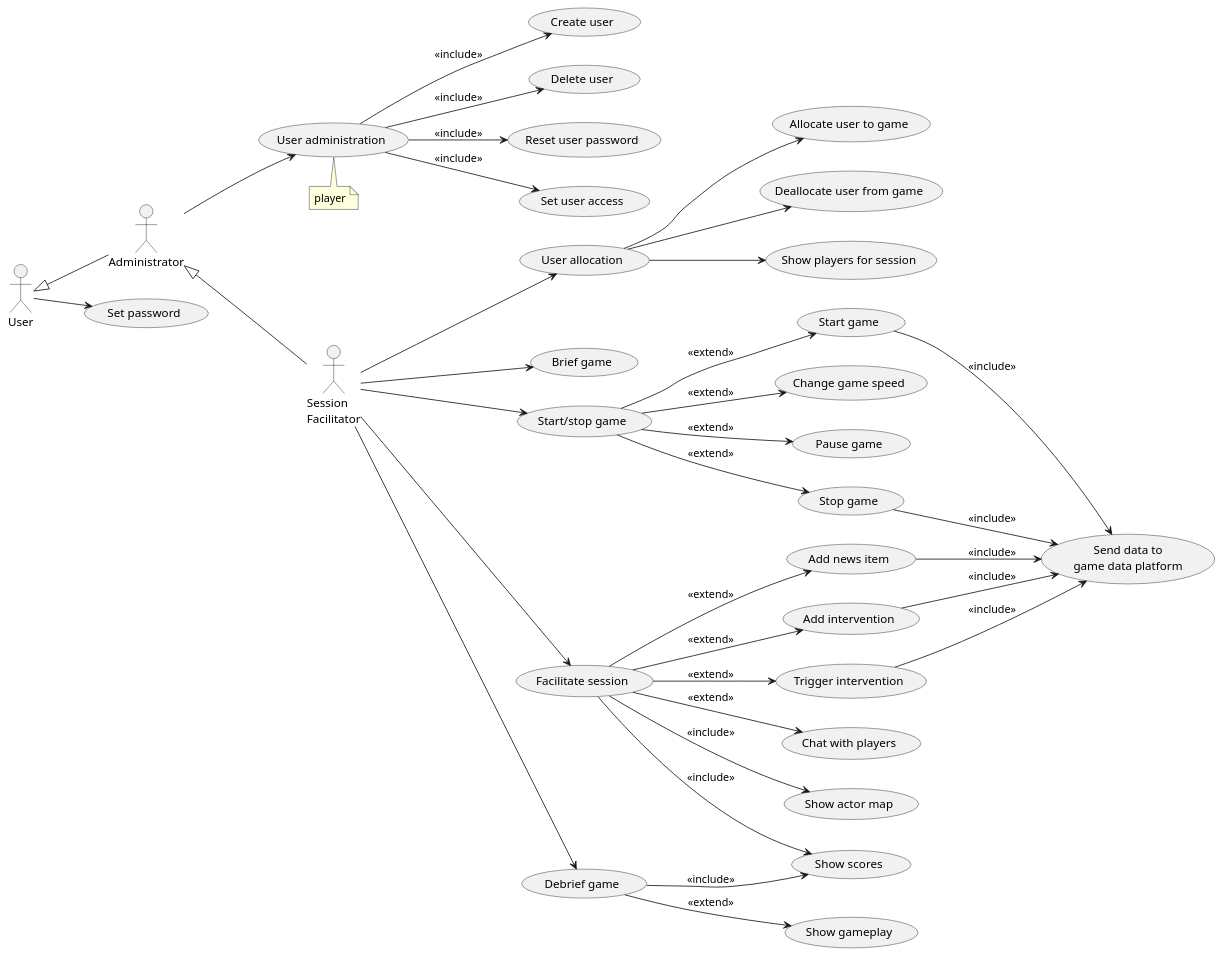
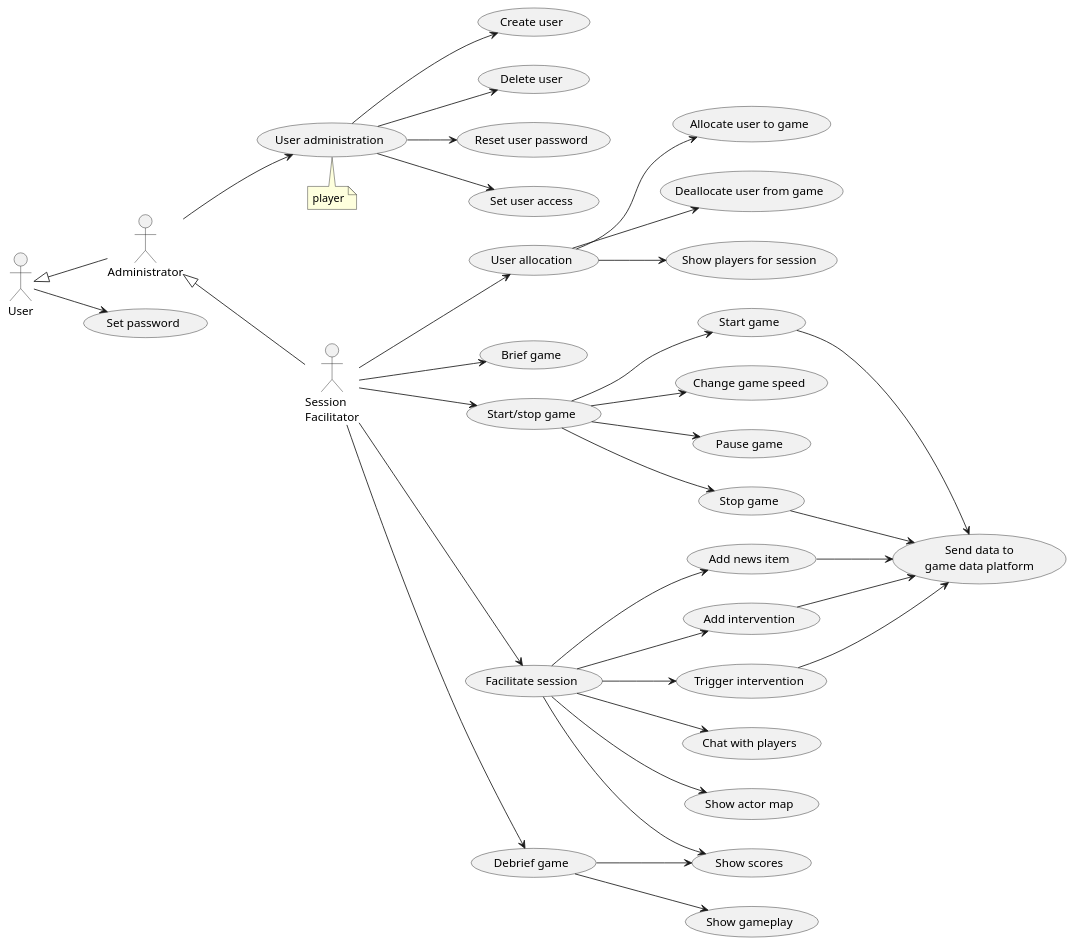
Before and after one commit to averbraeck/gscg-design: the diagram in doc/1-use-cases/diagrams/session-facilitation.puml, drawn with PlantUML. The commit also changed 5 other files, not shown here.

Commit message:
Issue #13. Simplify diagrams by removing <<include>> and <<extend>> labels

```diff
--- a/doc/1-use-cases/diagrams/session-facilitation.puml
+++ b/doc/1-use-cases/diagrams/session-facilitation.puml
@@ -1,51 +1,51 @@
 @startuml
 left to right direction
 
 "Session\nFacilitator" as SF
 User <|-- Administrator
 Administrator <|-- SF
 
 User --> (Set password)
 
 Administrator --> (User administration)
 note bottom
   player
 end note
 
-(User administration) --> (Create user) : << include >>
-(User administration) --> (Delete user) : << include >>
-(User administration) --> (Reset user password) : << include >>
-(User administration) --> (Set user access) : << include >>
+(User administration) --> (Create user)
+(User administration) --> (Delete user)
+(User administration) --> (Reset user password)
+(User administration) --> (Set user access)
 
 SF --> (User allocation)
 (User allocation) --> (Allocate user to game)
 (User allocation) --> (Deallocate user from game)
 (User allocation) --> (Show players for session)
 
 SF --> (Brief game)
 
 SF --> (Start/stop game)
-(Start/stop game) --> (Start game) : << extend >>
-(Start/stop game) --> (Change game speed) : << extend >>
-(Start/stop game) --> (Pause game) : << extend >>
-(Start/stop game) --> (Stop game) : << extend >>
+(Start/stop game) --> (Start game)
+(Start/stop game) --> (Change game speed)
+(Start/stop game) --> (Pause game)
+(Start/stop game) --> (Stop game)
 
 SF --> (Facilitate session)
-(Facilitate session) --> (Add news item) : << extend >>
-(Facilitate session) --> (Add intervention) : << extend >>
-(Facilitate session) --> (Trigger intervention) : << extend >>
-(Facilitate session) --> (Chat with players) : << extend >>
-(Facilitate session) --> (Show actor map) : << include >>
-(Facilitate session) --> (Show scores) : << include >>
+(Facilitate session) --> (Add news item)
+(Facilitate session) --> (Add intervention)
+(Facilitate session) --> (Trigger intervention)
+(Facilitate session) --> (Chat with players)
+(Facilitate session) --> (Show actor map)
+(Facilitate session) --> (Show scores)
 
-(Start game) --> (Send data to\ngame data platform) : << include >>
-(Add news item) --> (Send data to\ngame data platform) : << include >>
-(Add intervention) --> (Send data to\ngame data platform) : << include >>
-(Trigger intervention) --> (Send data to\ngame data platform) : << include >>
-(Stop game) --> (Send data to\ngame data platform) : << include >>
+(Start game) --> (Send data to\ngame data platform)
+(Add news item) --> (Send data to\ngame data platform)
+(Add intervention) --> (Send data to\ngame data platform)
+(Trigger intervention) --> (Send data to\ngame data platform)
+(Stop game) --> (Send data to\ngame data platform)
 
 SF --> (Debrief game)
-(Debrief game) --> (Show scores) : << include >>
-(Debrief game) --> (Show gameplay) : << extend >>
+(Debrief game) --> (Show scores)
+(Debrief game) --> (Show gameplay)
 
 @enduml
```
